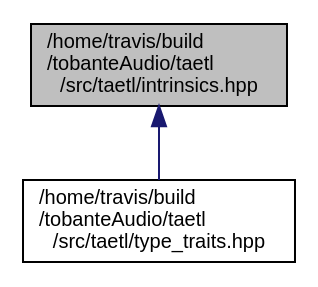
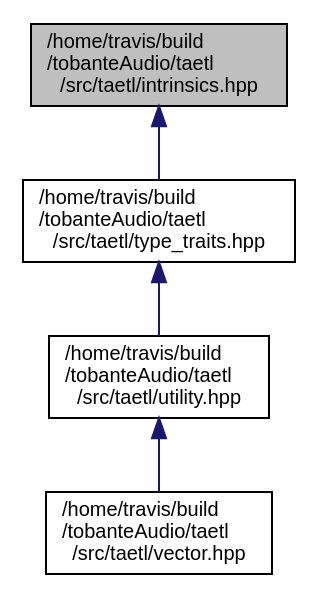
Before and after one commit to tobanteAudio/taetl: the diagram in intrinsics_8hpp__dep__incl.dot, drawn with Graphviz. The commit also changed 82 other files, not shown here.

Commit message:
Deploy tobanteAudio/taetl to github.com/tobanteAudio/taetl.git:gh-pages

```diff
--- a/intrinsics_8hpp__dep__incl.dot
+++ b/intrinsics_8hpp__dep__incl.dot
@@ -1,8 +1,12 @@
 digraph "/home/travis/build/tobanteAudio/taetl/src/taetl/intrinsics.hpp"
 {
   edge [fontname="Helvetica",fontsize="10",labelfontname="Helvetica",labelfontsize="10"];
   node [fontname="Helvetica",fontsize="10",shape=record];
   Node1 [label="/home/travis/build\l/tobanteAudio/taetl\l/src/taetl/intrinsics.hpp",height=0.2,width=0.4,color="black", fillcolor="grey75", style="filled", fontcolor="black"];
   Node1 -> Node2 [dir="back",color="midnightblue",fontsize="10",style="solid",fontname="Helvetica"];
   Node2 [label="/home/travis/build\l/tobanteAudio/taetl\l/src/taetl/type_traits.hpp",height=0.2,width=0.4,color="black", fillcolor="white", style="filled",URL="$type__traits_8hpp.html"];
+  Node2 -> Node3 [dir="back",color="midnightblue",fontsize="10",style="solid",fontname="Helvetica"];
+  Node3 [label="/home/travis/build\l/tobanteAudio/taetl\l/src/taetl/utility.hpp",height=0.2,width=0.4,color="black", fillcolor="white", style="filled",URL="$utility_8hpp.html"];
+  Node3 -> Node4 [dir="back",color="midnightblue",fontsize="10",style="solid",fontname="Helvetica"];
+  Node4 [label="/home/travis/build\l/tobanteAudio/taetl\l/src/taetl/vector.hpp",height=0.2,width=0.4,color="black", fillcolor="white", style="filled",URL="$vector_8hpp.html"];
 }
```
